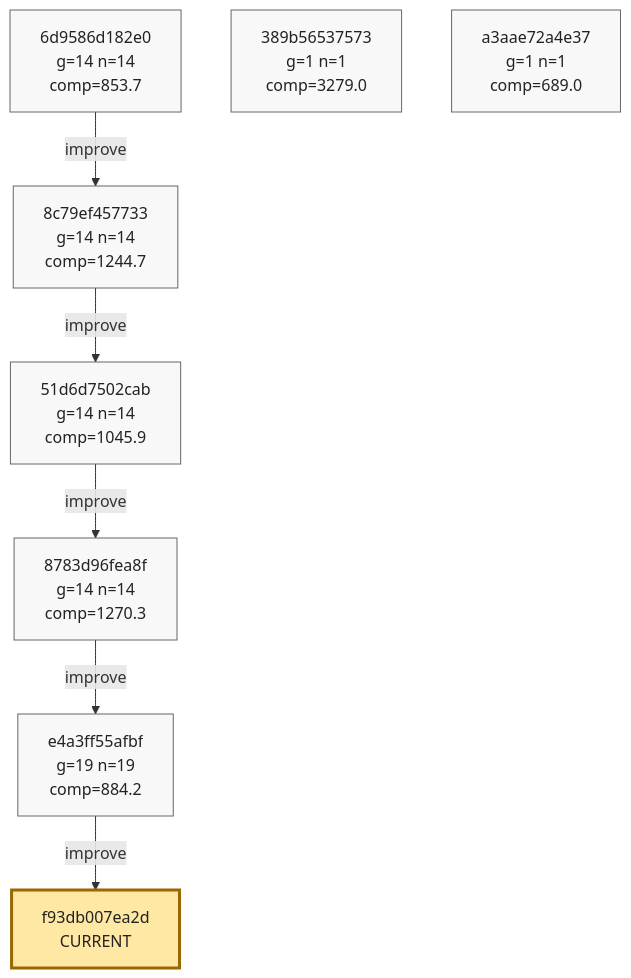
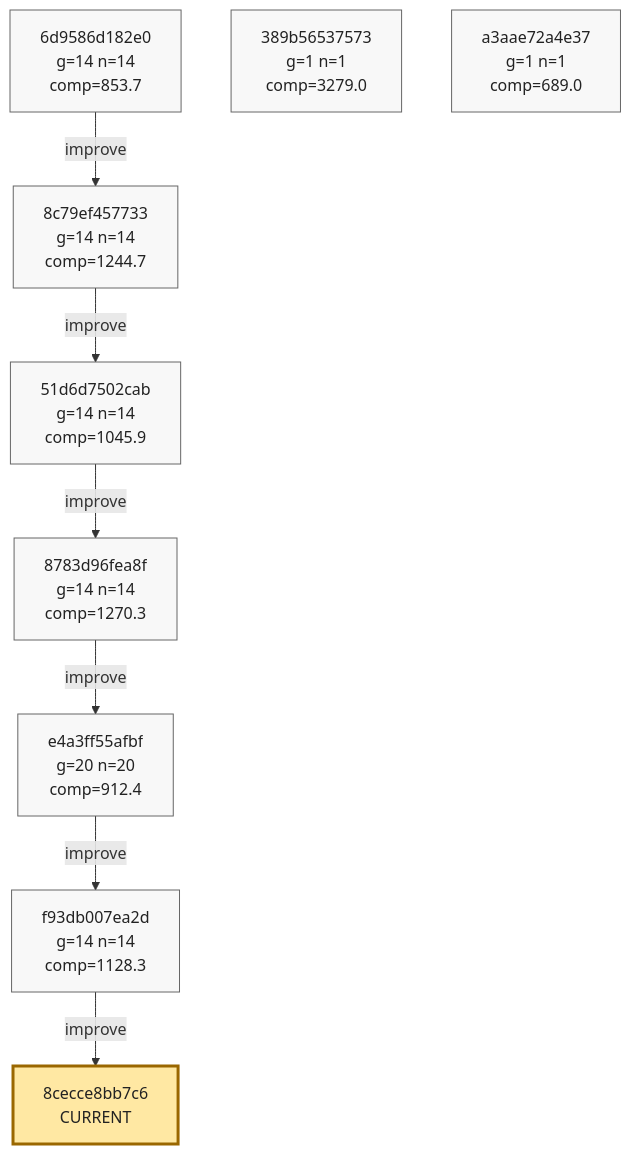
Before and after one commit to azumag/soviet_now: the eighth of 8 diagrams in phyrogenetic-tree.md, drawn with Mermaid. The commit also changed other lines of this file and 2 other files, not shown here.

Commit message:
eloop Improve after 12 games (scores: 898 1447 1325 1213 1705 1743 953 819 1078 1290 873 1517)

````diff
--- a/phyrogenetic-tree.md
+++ b/phyrogenetic-tree.md
@@ -1942,31 +1942,34 @@
 ```mermaid
 flowchart TD
     h_6d9586d182e0["6d9586d182e0<br/>g=14 n=14<br/>comp=853.7"]
     h_8c79ef457733["8c79ef457733<br/>g=14 n=14<br/>comp=1244.7"]
     h_51d6d7502cab["51d6d7502cab<br/>g=14 n=14<br/>comp=1045.9"]
     h_8783d96fea8f["8783d96fea8f<br/>g=14 n=14<br/>comp=1270.3"]
-    h_e4a3ff55afbf["e4a3ff55afbf<br/>g=19 n=19<br/>comp=884.2"]
+    h_e4a3ff55afbf["e4a3ff55afbf<br/>g=20 n=20<br/>comp=912.4"]
+    h_f93db007ea2d["f93db007ea2d<br/>g=14 n=14<br/>comp=1128.3"]
     h_389b56537573["389b56537573<br/>g=1 n=1<br/>comp=3279.0"]
     h_a3aae72a4e37["a3aae72a4e37<br/>g=1 n=1<br/>comp=689.0"]
-    h_f93db007ea2d["f93db007ea2d<br/>CURRENT"]
+    h_8cecce8bb7c6["8cecce8bb7c6<br/>CURRENT"]
 
     h_6d9586d182e0 -->|improve| h_8c79ef457733
     h_8c79ef457733 -->|improve| h_51d6d7502cab
     h_51d6d7502cab -->|improve| h_8783d96fea8f
     h_8783d96fea8f -->|improve| h_e4a3ff55afbf
     h_e4a3ff55afbf -->|improve| h_f93db007ea2d
+    h_f93db007ea2d -->|improve| h_8cecce8bb7c6
 
     classDef plain fill:#f8f8f8,stroke:#666,stroke-width:1px,color:#222;
     classDef current fill:#ffe8a3,stroke:#9a6700,stroke-width:3px,color:#222;
     classDef anchor fill:#d7f5dd,stroke:#1f6f43,stroke-width:3px,color:#222;
     classDef current_anchor fill:#f3e4a8,stroke:#1f6f43,stroke-width:4px,color:#222;
 
     class h_6d9586d182e0 plain;
     class h_8c79ef457733 plain;
     class h_51d6d7502cab plain;
     class h_8783d96fea8f plain;
     class h_e4a3ff55afbf plain;
+    class h_f93db007ea2d plain;
     class h_389b56537573 plain;
     class h_a3aae72a4e37 plain;
-    class h_f93db007ea2d current;
+    class h_8cecce8bb7c6 current;
 ```
````
